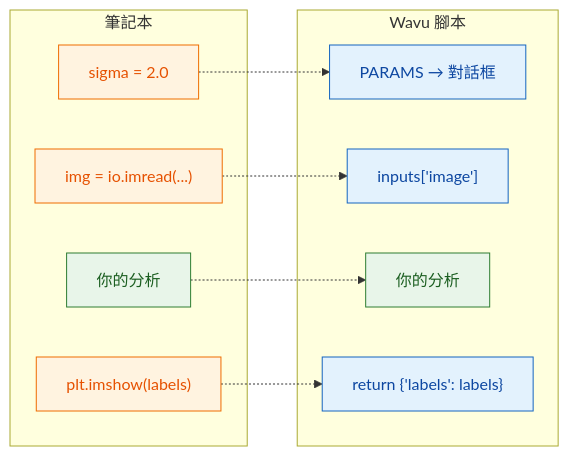
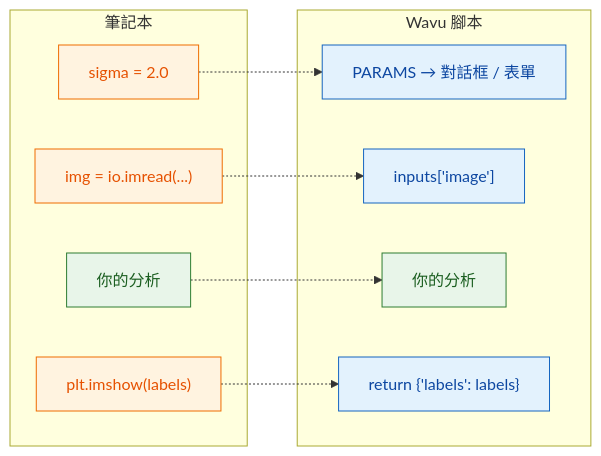
The diagram in guide/write/from-notebook.zh-Hant.md (Oxford-Zeiss-Centre-of-Excellence/Wavu), drawn with Mermaid before and after one commit. The commit also changed other lines of this file and 70 other files, not shown here.

````diff
--- a/guide/write/from-notebook.zh-Hant.md
+++ b/guide/write/from-notebook.zh-Hant.md
@@ -10,23 +10,23 @@
 ```mermaid
 flowchart LR
     subgraph NB["筆記本"]
         A1["sigma = 2.0"]:::script
         A2["img = io.imread(...)"]:::script
         A3["你的分析"]:::worker
         A4["plt.imshow(labels)"]:::script
     end
     subgraph WV["Wavu 腳本"]
-        B1["PARAMS → 對話框"]:::fiji
+        B1["PARAMS → 對話框 / 表單"]:::fiji
         B2["inputs['image']"]:::fiji
         B3["你的分析"]:::worker
         B4["return {'labels': labels}"]:::fiji
     end
     A1 -.-> B1
     A2 -.-> B2
     A3 -.-> B3
     A4 -.-> B4
 
     classDef fiji   fill:#e3f2fd,stroke:#1565c0,color:#0d47a1
     classDef worker fill:#e8f5e9,stroke:#2e7d32,color:#1b5e20
     classDef script fill:#fff3e0,stroke:#ef6c00,color:#e65100
 ```
````
